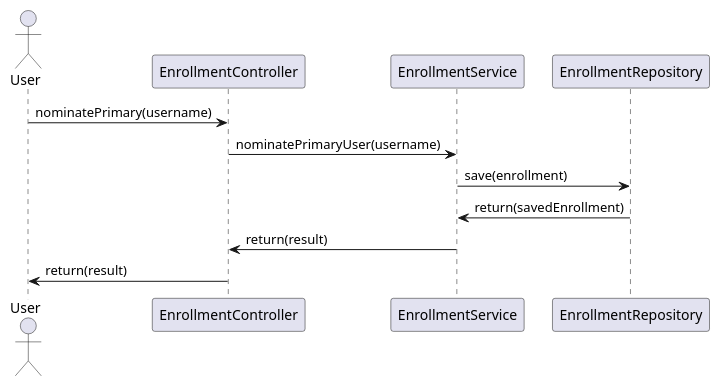
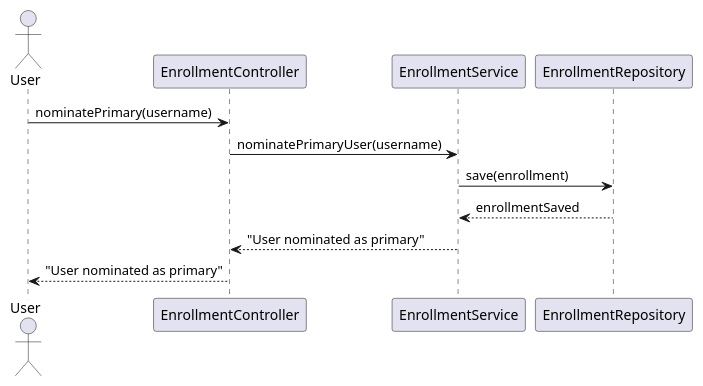
Before and after one commit to Dinesh-s95/AutoDoc.ai: the first of 4 diagrams in enrollment/documentation/detaileddesign.adoc, drawn with PlantUML. The commit also changed other lines of this file and 2 other files, not shown here.

```diff
--- a/enrollment/documentation/detaileddesign.adoc
+++ b/enrollment/documentation/detaileddesign.adoc
@@ -106,16 +177,16 @@
-[plantuml, sequence-user-registration, png]
-....
+[plantuml, user-registration-flow, png]
+----
 @startuml
 actor User
-participant "EnrollmentController" as EC
-participant "EnrollmentService" as ES
-participant "EnrollmentRepository" as ER
+participant "EnrollmentController" as Controller
+participant "EnrollmentService" as Service
+participant "EnrollmentRepository" as Repository
 
-User -> EC : nominatePrimary(username)
-EC -> ES : nominatePrimaryUser(username)
-ES -> ER : save(enrollment)
-ER -> ES : return(savedEnrollment)
-ES -> EC : return(result)
-EC -> User : return(result)
+User -> Controller : nominatePrimary(username)
+Controller -> Service : nominatePrimaryUser(username)
+Service -> Repository : save(enrollment)
+Repository --> Service : enrollmentSaved
+Service --> Controller : "User nominated as primary"
+Controller --> User : "User nominated as primary"
 @enduml
-....
+----
```
